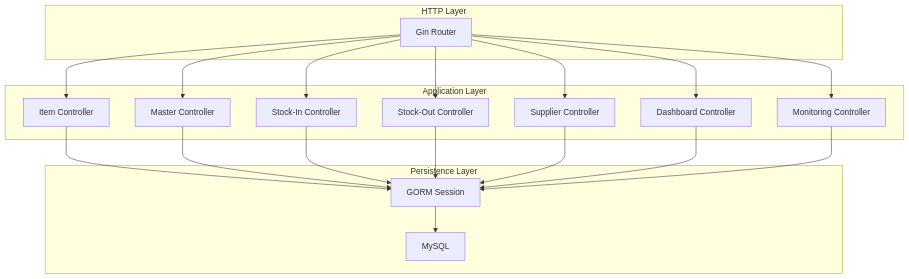
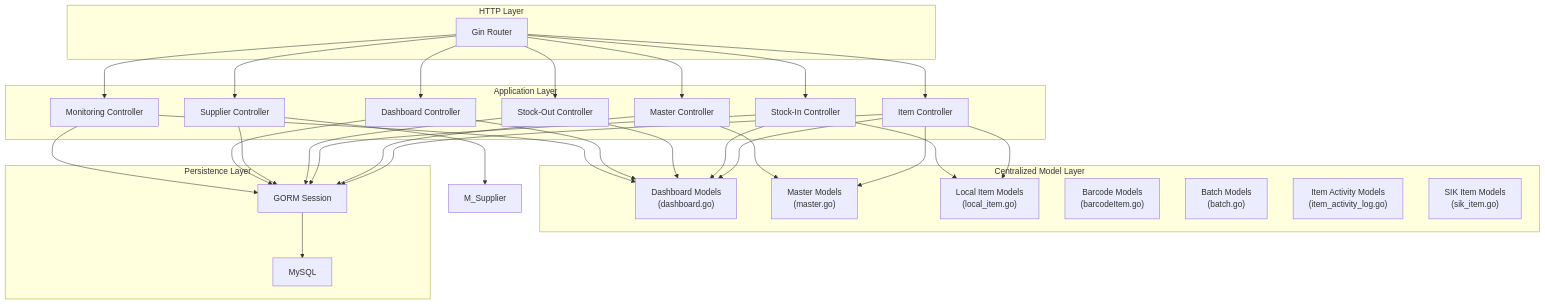
One commit to haidarqawama/PPA-klinik-amc changed the second of 8 diagrams in .qoder/repowiki/en/content/Backend Architecture/Backend Architecture.md. Above: the diagram before and after it, drawn with Mermaid. The commit also changed other lines of this file and 58 other files, not shown here.

````diff
--- a/.qoder/repowiki/en/content/Backend Architecture/Backend Architecture.md
+++ b/.qoder/repowiki/en/content/Backend Architecture/Backend Architecture.md
@@ -106,34 +127,53 @@
 ```mermaid
 graph TB
 subgraph "HTTP Layer"
 R["Gin Router"]
 end
 subgraph "Application Layer"
 C_Item["Item Controller"]
 C_Master["Master Controller"]
 C_StockIn["Stock-In Controller"]
 C_StockOut["Stock-Out Controller"]
 C_Supplier["Supplier Controller"]
 C_Dashboard["Dashboard Controller"]
 C_Monitoring["Monitoring Controller"]
 end
+subgraph "Centralized Model Layer"
+M_Dashboard["Dashboard Models<br/>(dashboard.go)"]
+M_Master["Master Models<br/>(master.go)"]
+M_LocalItem["Local Item Models<br/>(local_item.go)"]
+M_Barcode["Barcode Models<br/>(barcodeItem.go)"]
+M_Batch["Batch Models<br/>(batch.go)"]
+M_ItemActivity["Item Activity Models<br/>(item_activity_log.go)"]
+M_SIKItem["SIK Item Models<br/>(sik_item.go)"]
+end
 subgraph "Persistence Layer"
 G["GORM Session"]
 DB["MySQL"]
 end
 R --> C_Item
 R --> C_Master
 R --> C_StockIn
 R --> C_StockOut
 R --> C_Supplier
 R --> C_Dashboard
 R --> C_Monitoring
+C_Item --> M_Dashboard
+C_Item --> M_Master
+C_Item --> M_LocalItem
+C_Master --> M_Master
+C_StockIn --> M_Dashboard
+C_StockIn --> M_LocalItem
+C_StockOut --> M_Dashboard
+C_Supplier --> M_Supplier
+C_Dashboard --> M_Dashboard
+C_Monitoring --> M_Dashboard
 C_Item --> G
 C_Master --> G
 C_StockIn --> G
 C_StockOut --> G
 C_Supplier --> G
 C_Dashboard --> G
 C_Monitoring --> G
 G --> DB
 ```
````
